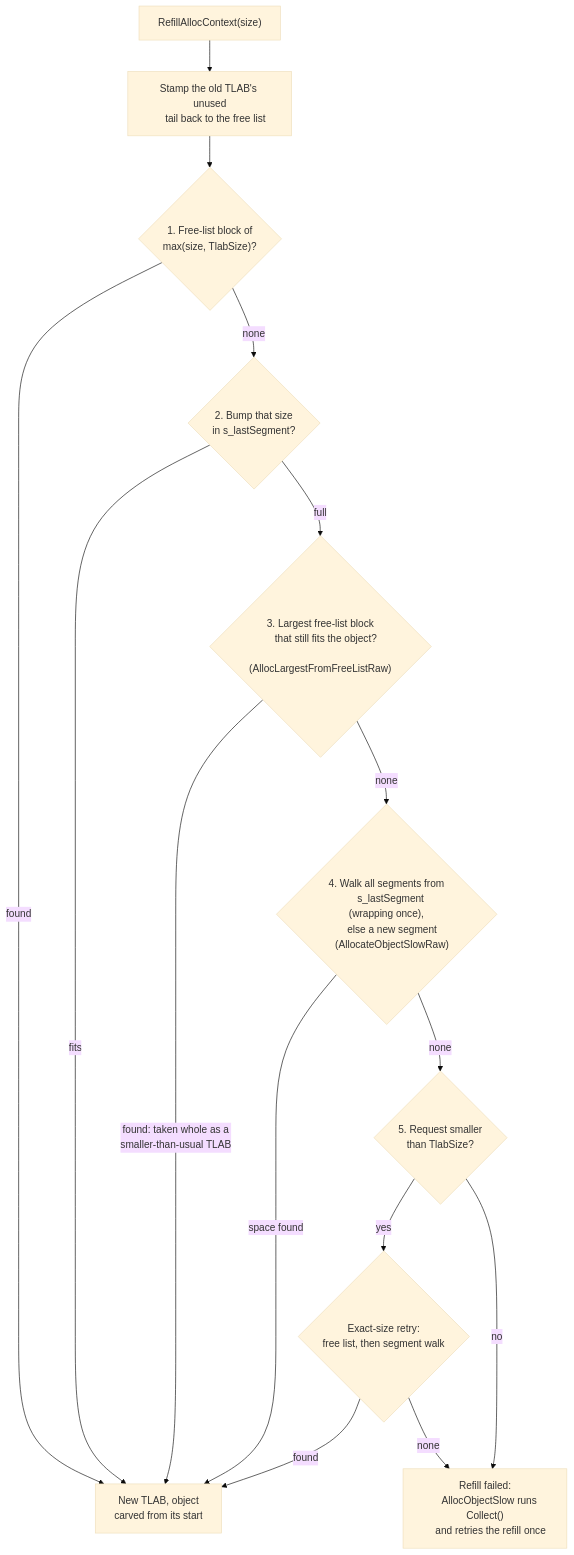
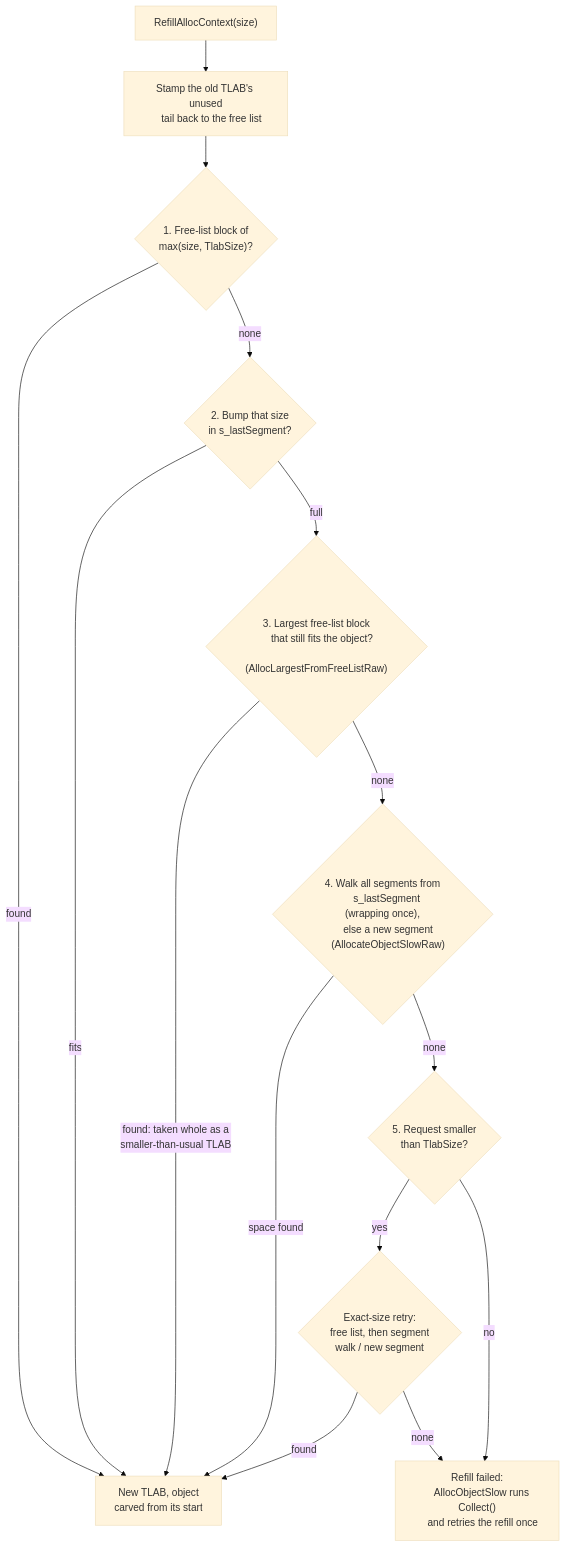
Before and after one commit to valentinbreiz/nativeaot-patcher: the second of 5 diagrams in docs/articles/dev/garbage-collector.md, drawn with Mermaid (base theme). The commit also changed other lines of this file, not shown here.

````diff
--- a/docs/articles/dev/garbage-collector.md
+++ b/docs/articles/dev/garbage-collector.md
@@ -245,31 +245,32 @@
 ```mermaid
 flowchart TD
     REF["RefillAllocContext(size)"] --> STAMP["Stamp the old TLAB's unused
     tail back to the free list"]
     STAMP --> S1{"1. Free-list block of
     max(size, TlabSize)?"}
     S1 -->|found| OK["New TLAB, object
     carved from its start"]
     S1 -->|none| S2{"2. Bump that size
     in s_lastSegment?"}
     S2 -->|fits| OK
     S2 -->|full| S3{"3. Largest free-list block
     that still fits the object?
     (AllocLargestFromFreeListRaw)"}
     S3 -->|"found: taken whole as a
     smaller-than-usual TLAB"| OK
     S3 -->|none| S4{"4. Walk all segments from
     s_lastSegment (wrapping once),
     else a new segment
     (AllocateObjectSlowRaw)"}
     S4 -->|space found| OK
     S4 -->|none| Q{"5. Request smaller
     than TlabSize?"}
     Q -->|yes| S5{"Exact-size retry:
-    free list, then segment walk"}
+    free list, then segment
+    walk / new segment"}
     Q -->|no| FAIL["Refill failed:
     AllocObjectSlow runs Collect()
     and retries the refill once"]
     S5 -->|found| OK
     S5 -->|none| FAIL
 ```
````
